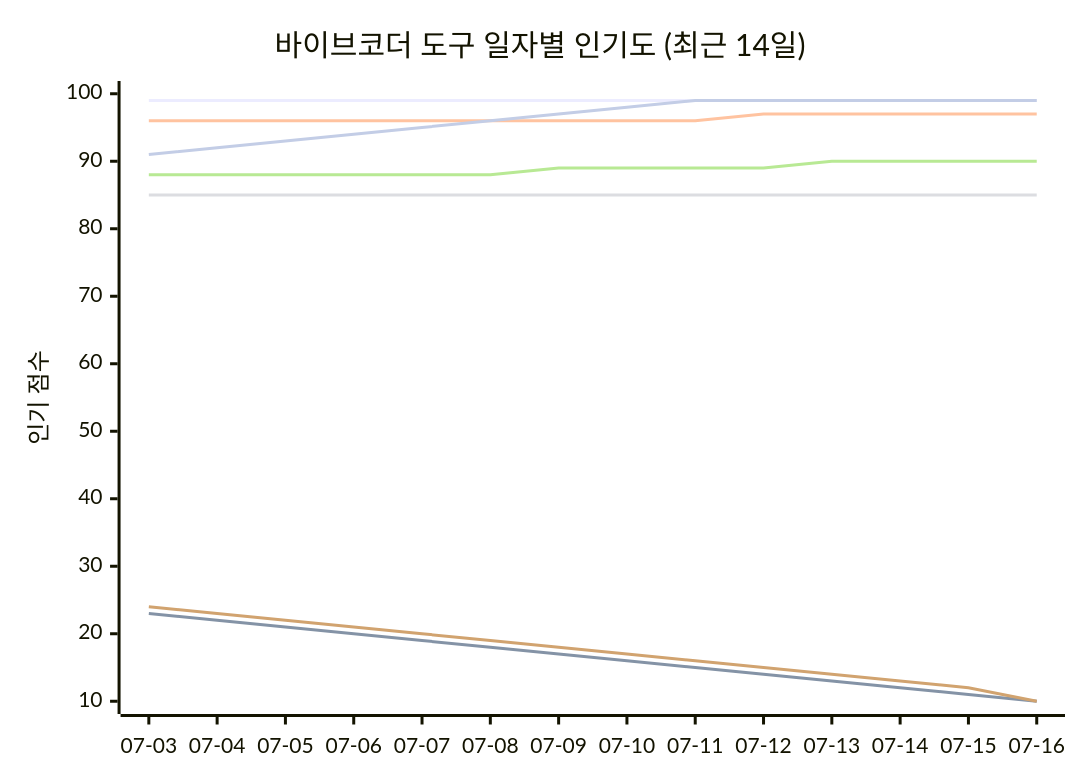
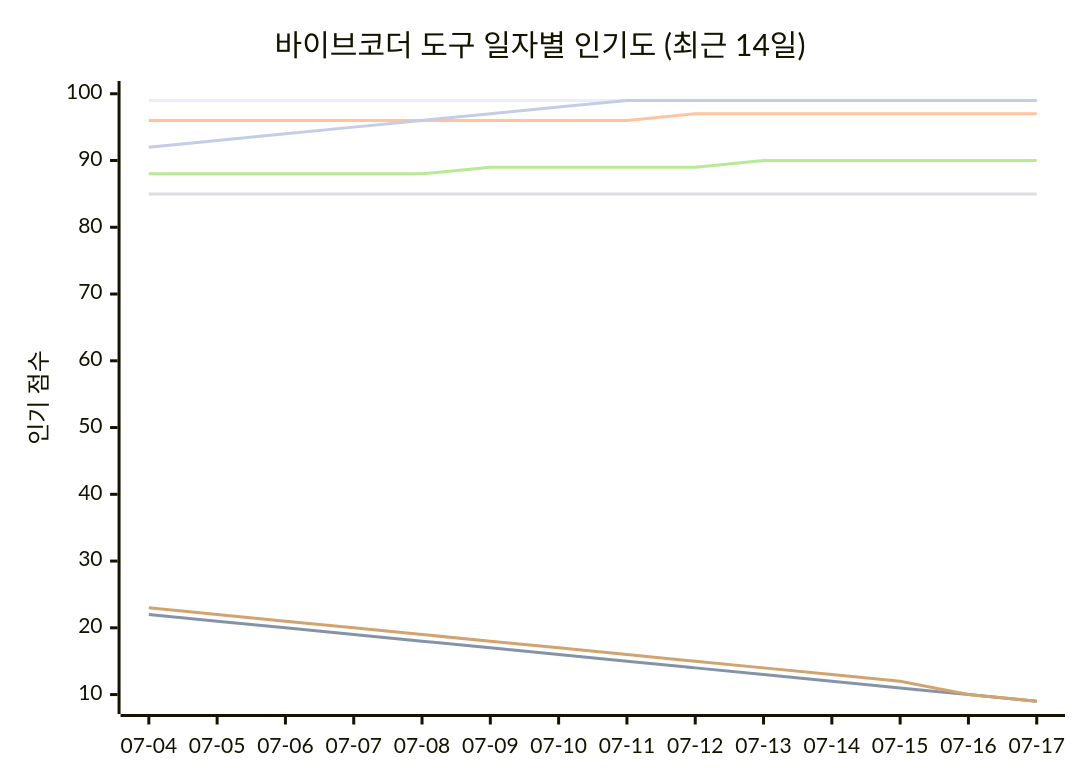
Before and after one commit to tykimos/ai-whatchelin: the seventh of 11 diagrams in README_ko.md, drawn with Mermaid. The commit also changed other lines of this file and 4 other files, not shown here.

````diff
--- a/README_ko.md
+++ b/README_ko.md
@@ -1969,13 +1969,13 @@
 ```mermaid
 xychart-beta
     title "바이브코더 도구 일자별 인기도 (최근 14일)"
-    x-axis ["07-03", "07-04", "07-05", "07-06", "07-07", "07-08", "07-09", "07-10", "07-11", "07-12", "07-13", "07-14", "07-15", "07-16"]
-    y-axis "인기 점수" 10 --> 100
+    x-axis ["07-04", "07-05", "07-06", "07-07", "07-08", "07-09", "07-10", "07-11", "07-12", "07-13", "07-14", "07-15", "07-16", "07-17"]
+    y-axis "인기 점수" 9 --> 100
     line "Claude Code" [99, 99, 99, 99, 99, 99, 99, 99, 99, 99, 99, 99, 99, 99]
-    line "GH Copilot" [23, 22, 21, 20, 19, 18, 17, 16, 15, 14, 13, 12, 11, 10]
-    line "Cursor" [96, 96, 96, 96, 96, 96, 96, 96, 96, 97, 97, 97, 97, 97]
+    line "GH Copilot" [22, 21, 20, 19, 18, 17, 16, 15, 14, 13, 12, 11, 10, 9]
+    line "Cursor" [96, 96, 96, 96, 96, 96, 96, 96, 97, 97, 97, 97, 97, 97]
     line "Windsurf" [85, 85, 85, 85, 85, 85, 85, 85, 85, 85, 85, 85, 85, 85]
-    line "Codex CLI" [88, 88, 88, 88, 88, 88, 89, 89, 89, 89, 90, 90, 90, 90]
-    line "Gemini CLI" [24, 23, 22, 21, 20, 19, 18, 17, 16, 15, 14, 13, 12, 10]
-    line "Antigravity" [91, 92, 93, 94, 95, 96, 97, 98, 99, 99, 99, 99, 99, 99]
+    line "Codex CLI" [88, 88, 88, 88, 88, 89, 89, 89, 89, 90, 90, 90, 90, 90]
+    line "Gemini CLI" [23, 22, 21, 20, 19, 18, 17, 16, 15, 14, 13, 12, 10, 9]
+    line "Antigravity" [92, 93, 94, 95, 96, 97, 98, 99, 99, 99, 99, 99, 99, 99]
 ```
````
